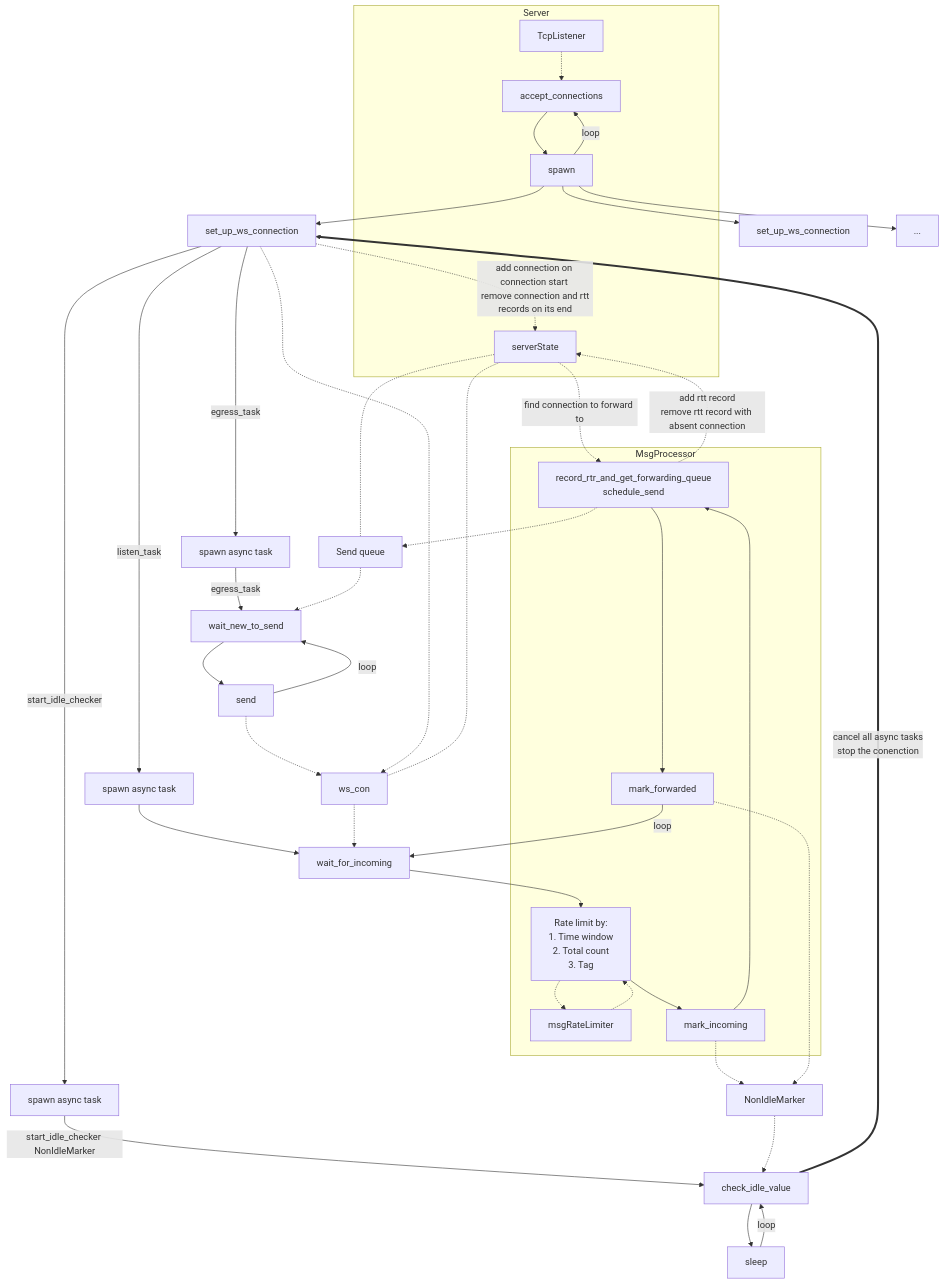
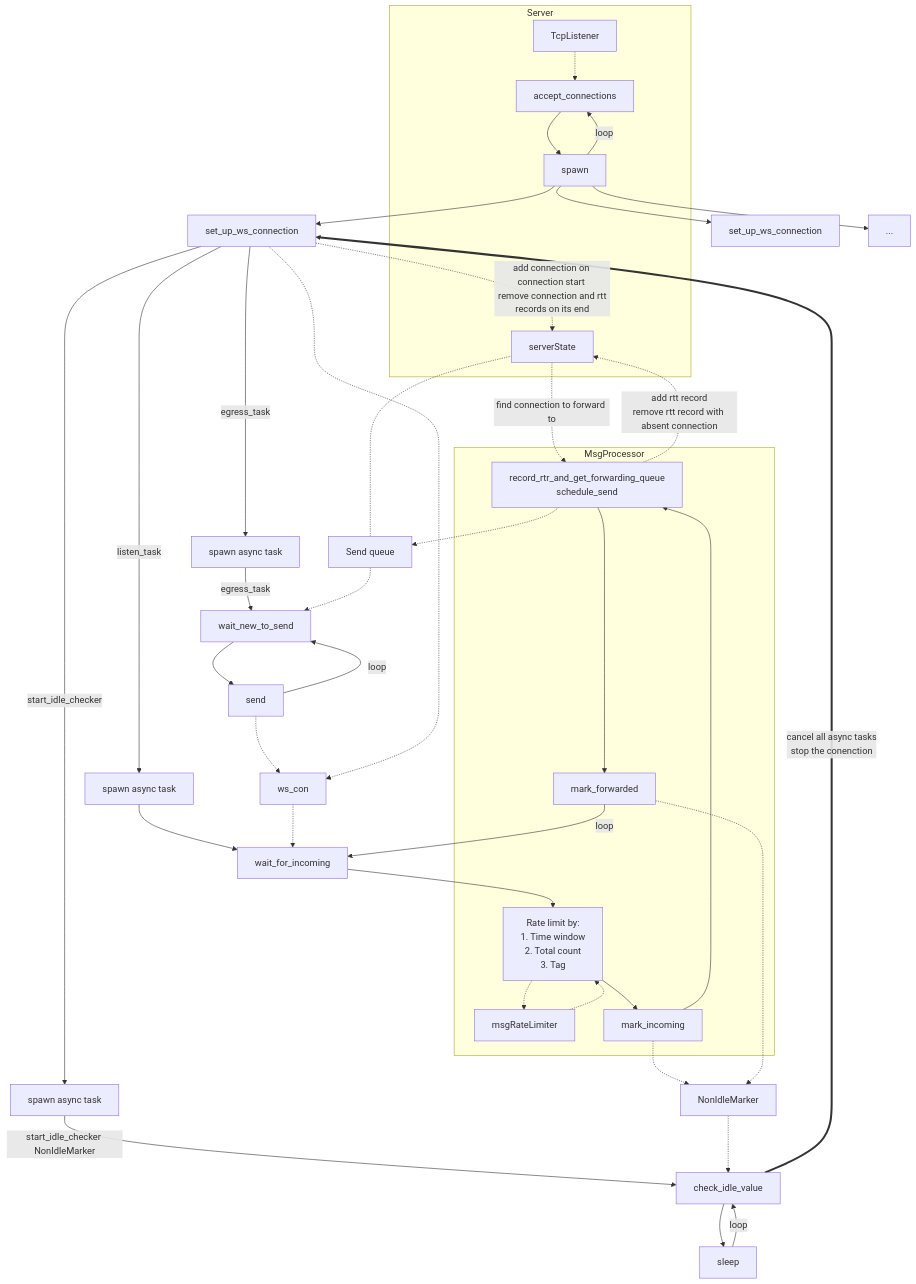
Before and after one commit to vk-swd/vamp: the diagram in src-tauri/signalling/memo.md, drawn with Mermaid. The commit also changed 7 other files, not shown here.

````diff
--- a/src-tauri/signalling/memo.md
+++ b/src-tauri/signalling/memo.md
@@ -54,67 +54,66 @@
    ```mermaid
    flowchart
       subgraph Server
          accept_connections
          TcpListener
          spawn
          serverState
       end
       spawn1["spawn async task"]
       spawn2["spawn async task"]
       spawn3["spawn async task"]
 
       TcpListener -.-> accept_connections
       accept_connections --> spawn
       spawn --> |loop|accept_connections
       spawn --> set_up_ws_connection
       spawn-->set_up_ws_connection1[set_up_ws_connection]
       spawn-->set_up_ws_connection2[...]
 
       set_up_ws_connection -.->|add connection on connection start <br> remove connection and rtt records on its end|serverState
 
       set_up_ws_connection -->|listen_task|spawn1
       spawn1 --> wait_for_incoming
       ws_con -.-> wait_for_incoming 
       wait_for_incoming --> rate_limit_by_time_window_and_total_cnt_and_inconsistent_tag
       dst_sender_q["Send queue"]
       NonIdleMarker
       subgraph MsgProcessor
          record_rtr_and_get_forwarding_queue["record_rtr_and_get_forwarding_queue<br>schedule_send" ]
          rate_limit_by_time_window_and_total_cnt_and_inconsistent_tag["Rate limit by:<br>1. Time window<br>2. Total count<br>3. Tag"]
 
 
          rate_limit_by_time_window_and_total_cnt_and_inconsistent_tag -.-> msgRateLimiter
          msgRateLimiter -.-> rate_limit_by_time_window_and_total_cnt_and_inconsistent_tag
 
          rate_limit_by_time_window_and_total_cnt_and_inconsistent_tag --> mark_incoming
          mark_incoming --> record_rtr_and_get_forwarding_queue
          serverState -.-> |find connection to forward to|record_rtr_and_get_forwarding_queue
          record_rtr_and_get_forwarding_queue -.->|add rtt record<br>remove rtt record with absent connection| serverState
          record_rtr_and_get_forwarding_queue --> mark_forwarded
       end
 
       mark_forwarded --> |loop|wait_for_incoming
       mark_incoming -.-> NonIdleMarker
       mark_forwarded -.-> NonIdleMarker
       record_rtr_and_get_forwarding_queue -.-> dst_sender_q
 
 
 
       set_up_ws_connection -->|egress_task|spawn2
       spawn2-->|egress_task|wait_new_to_send
       dst_sender_q -.-> wait_new_to_send 
       wait_new_to_send --> send
       send --> |loop|wait_new_to_send
       send -.-> ws_con
 
      
       set_up_ws_connection -->|start_idle_checker|spawn3
       spawn3-->|start_idle_checker NonIdleMarker|check_idle_value
       check_idle_value --> sleep
       sleep --> |loop|check_idle_value
       NonIdleMarker -.-> check_idle_value
       check_idle_value ==> |cancel all async tasks<br>stop the conenction| set_up_ws_connection
       set_up_ws_connection -.-> ws_con
-      ws_con -.- serverState
       dst_sender_q -.- serverState
    ```
````
